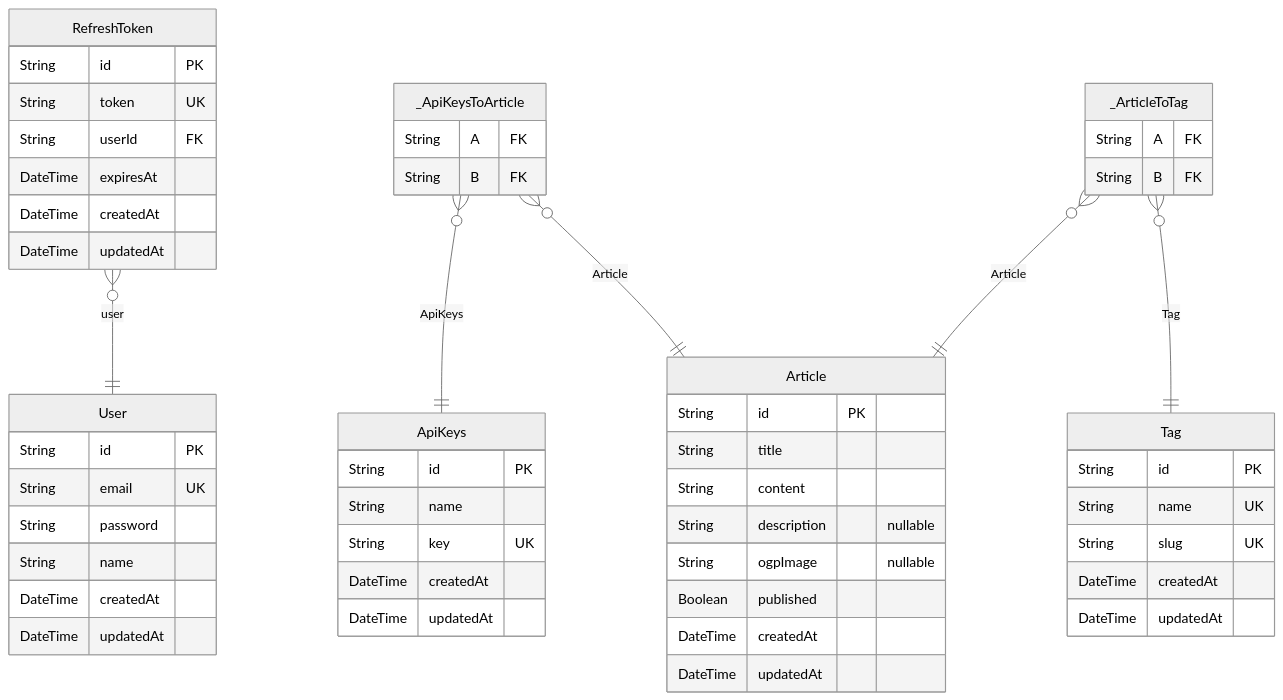
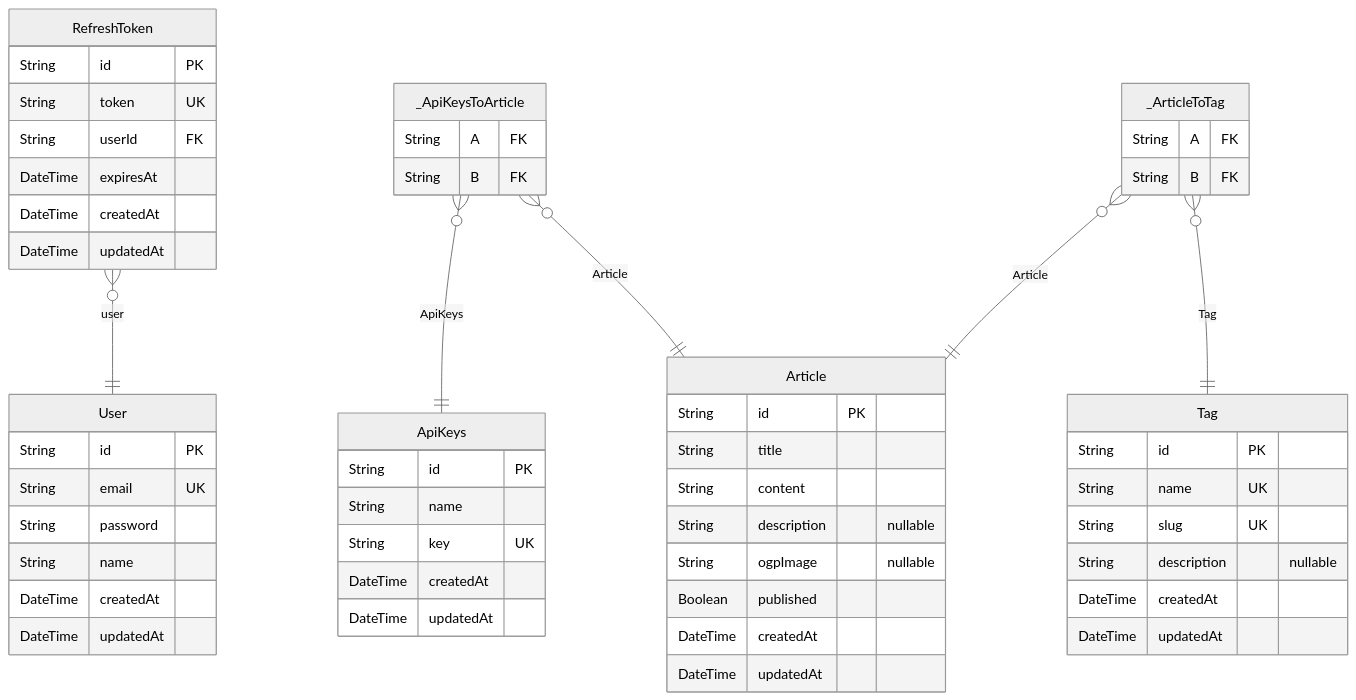
One commit to mizphses/mizphses-website-backend changed the diagram in docs/ERD.md. Above: the diagram before and after it, drawn with Mermaid (neutral theme). The commit also changed other lines of this file, not shown here.

Commit message:
package fix

````diff
--- a/docs/ERD.md
+++ b/docs/ERD.md
@@ -7,56 +7,57 @@
 ```mermaid
 erDiagram
 "User" {
   String id PK
   String email UK
   String password
   String name
   DateTime createdAt
   DateTime updatedAt
 }
 "RefreshToken" {
   String id PK
   String token UK
   String userId FK
   DateTime expiresAt
   DateTime createdAt
   DateTime updatedAt
 }
 "ApiKeys" {
   String id PK
   String name
   String key UK
   DateTime createdAt
   DateTime updatedAt
 }
 "Article" {
   String id PK
   String title
   String content
   String description "nullable"
   String ogpImage "nullable"
   Boolean published
   DateTime createdAt
   DateTime updatedAt
 }
 "Tag" {
   String id PK
   String name UK
   String slug UK
+  String description "nullable"
   DateTime createdAt
   DateTime updatedAt
 }
 "_ApiKeysToArticle" {
   String A FK
   String B FK
 }
 "_ArticleToTag" {
   String A FK
   String B FK
 }
 "RefreshToken" }o--|| "User" : user
 "_ApiKeysToArticle" }o--|| "ApiKeys" : ApiKeys
 "_ApiKeysToArticle" }o--|| "Article" : Article
 "_ArticleToTag" }o--|| "Article" : Article
 "_ArticleToTag" }o--|| "Tag" : Tag
 ```
````
